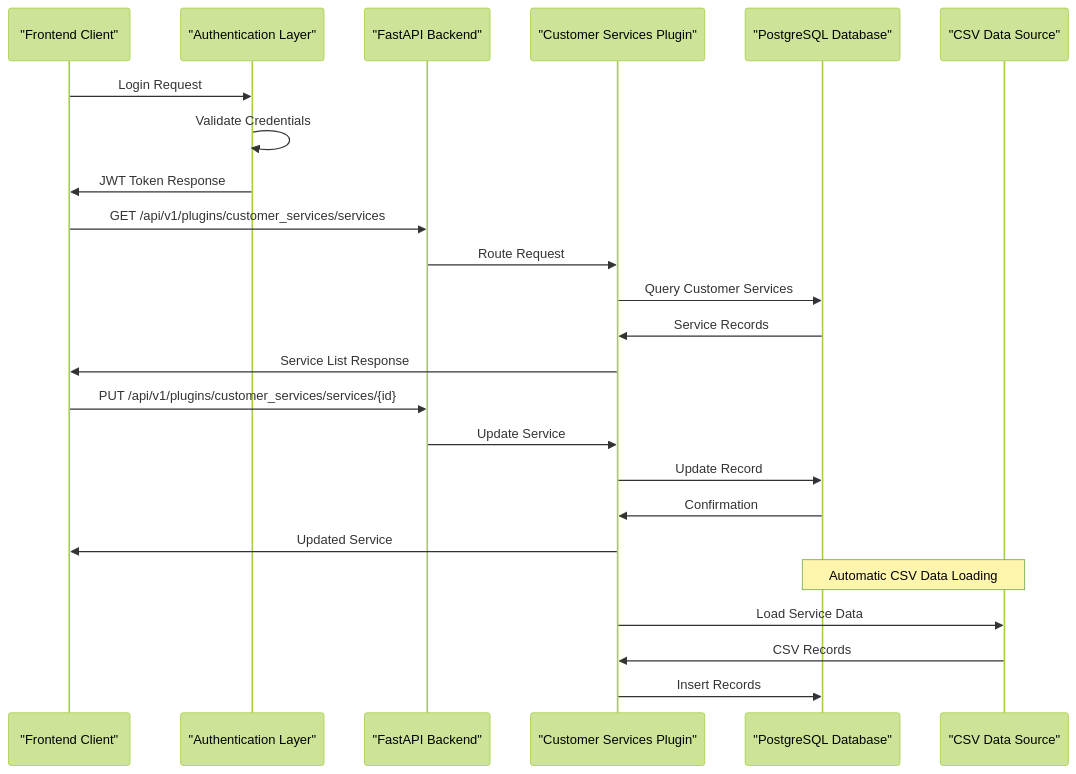
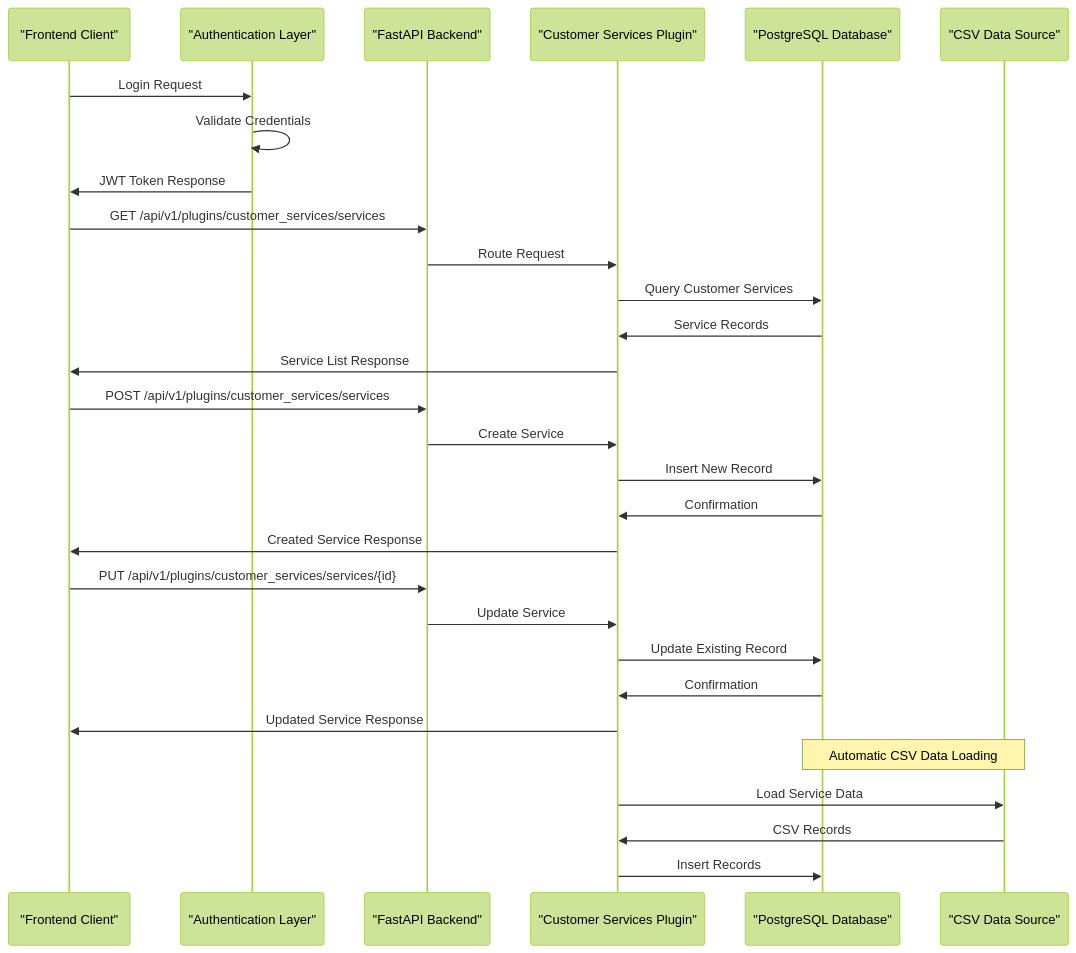
Before and after one commit to Nikita5543/New-SSO-02: the second of 7 diagrams in .qoder/repowiki/en/content/Customer Services Enhancement.md, drawn with Mermaid (forest theme). The commit also changed other lines of this file and 3 other files, not shown here.

````diff
--- a/.qoder/repowiki/en/content/Customer Services Enhancement.md
+++ b/.qoder/repowiki/en/content/Customer Services Enhancement.md
@@ -128,26 +140,31 @@
 ```mermaid
 sequenceDiagram
 participant Client as "Frontend Client"
 participant Auth as "Authentication Layer"
 participant API as "FastAPI Backend"
 participant Plugin as "Customer Services Plugin"
 participant DB as "PostgreSQL Database"
 participant CSV as "CSV Data Source"
 Client->>Auth : Login Request
 Auth->>Auth : Validate Credentials
 Auth->>Client : JWT Token Response
 Client->>API : GET /api/v1/plugins/customer_services/services
 API->>Plugin : Route Request
 Plugin->>DB : Query Customer Services
 DB->>Plugin : Service Records
 Plugin->>Client : Service List Response
+Client->>API : POST /api/v1/plugins/customer_services/services
+API->>Plugin : Create Service
+Plugin->>DB : Insert New Record
+DB->>Plugin : Confirmation
+Plugin->>Client : Created Service Response
 Client->>API : PUT /api/v1/plugins/customer_services/services/{id}
 API->>Plugin : Update Service
-Plugin->>DB : Update Record
+Plugin->>DB : Update Existing Record
 DB->>Plugin : Confirmation
-Plugin->>Client : Updated Service
+Plugin->>Client : Updated Service Response
 Note over CSV,DB : Automatic CSV Data Loading
 Plugin->>CSV : Load Service Data
 CSV->>Plugin : CSV Records
 Plugin->>DB : Insert Records
 ```
````
